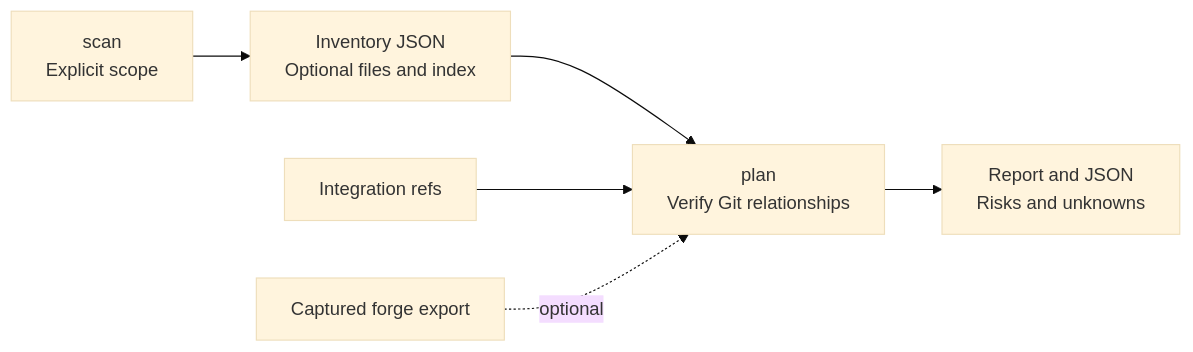
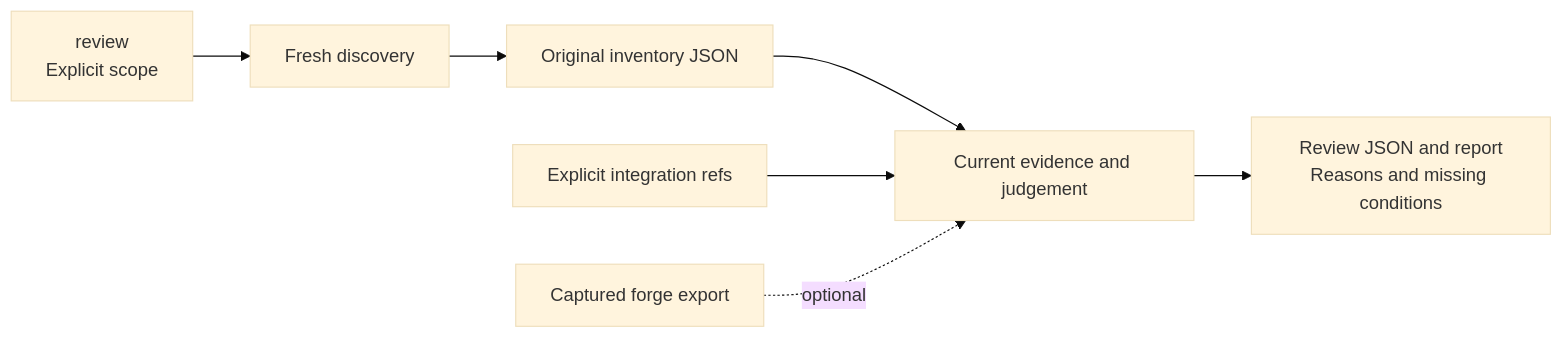
Before and after one commit to FlorianBruniaux/wt-sweep: the first of 2 diagrams in README.md, drawn with Mermaid (base theme). The commit also changed other lines of this file and 63 other files, not shown here.

````diff
--- a/README.md
+++ b/README.md
@@ -150,8 +157,9 @@
 ```mermaid
 flowchart LR
-    Scan["scan<br/>Explicit scope"] --> Inventory["Inventory JSON<br/>Optional files and index"]
-    Inventory --> Plan["plan<br/>Verify Git relationships"]
-    Targets["Integration refs"] --> Plan
+    Review["review<br/>Explicit scope"] --> Scan["Fresh discovery"]
+    Scan --> Inventory["Original inventory JSON"]
+    Inventory --> Plan["Current evidence and judgement"]
+    Targets["Explicit integration refs"] --> Plan
     Forge["Captured forge export"] -. optional .-> Plan
-    Plan --> Report["Report and JSON<br/>Risks and unknowns"]
+    Plan --> Report["Review JSON and report<br/>Reasons and missing conditions"]
 ```
````
